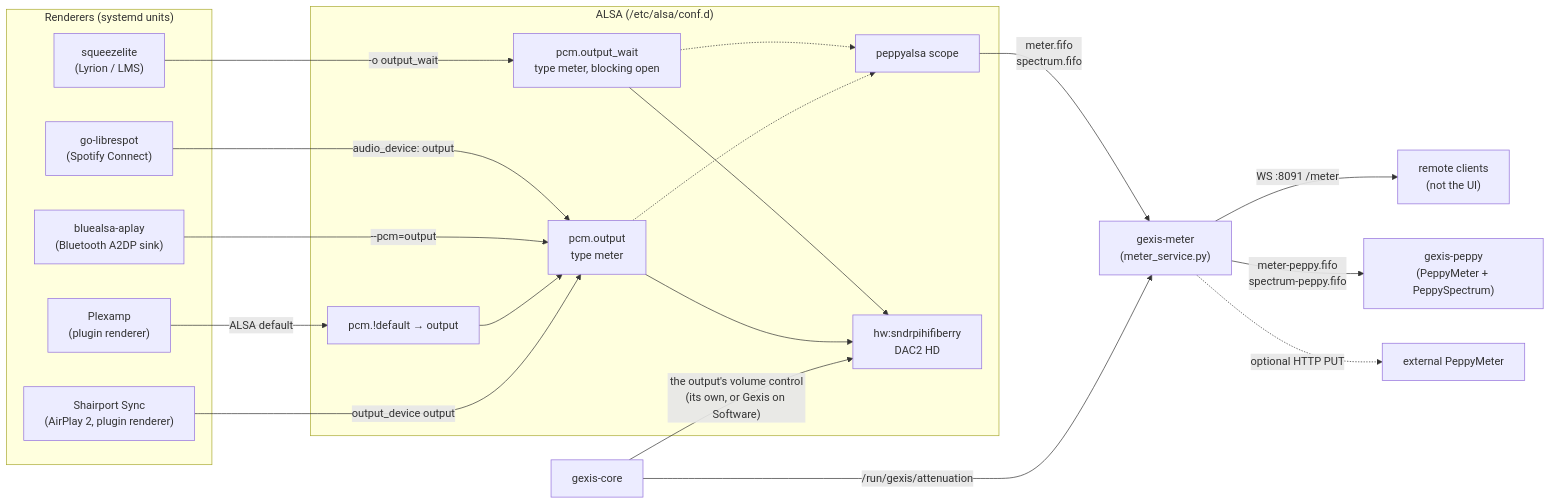
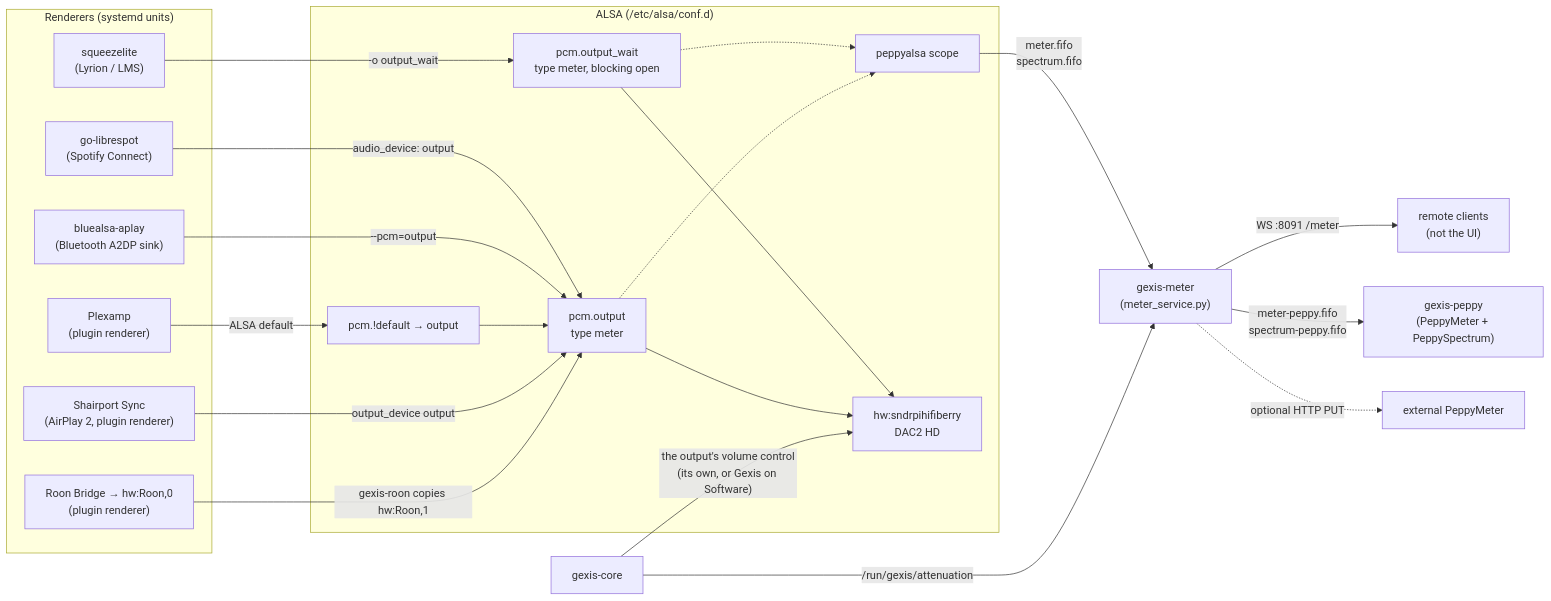
Before and after one commit to gcarstoiu/gexis-player: the first of 5 diagrams in docs/tech/audio-path.md, drawn with Mermaid. The commit also changed other lines of this file and 8 other files, not shown here.

````diff
--- a/docs/tech/audio-path.md
+++ b/docs/tech/audio-path.md
@@ -13,36 +13,38 @@
 ```mermaid
 flowchart LR
     subgraph Renderers["Renderers (systemd units)"]
         SQ["squeezelite<br/>(Lyrion / LMS)"]
         GL["go-librespot<br/>(Spotify Connect)"]
         BA["bluealsa-aplay<br/>(Bluetooth A2DP sink)"]
         PX["Plexamp<br/>(plugin renderer)"]
         AP["Shairport Sync<br/>(AirPlay 2, plugin renderer)"]
+        RN["Roon Bridge → hw:Roon,0<br/>(plugin renderer)"]
     end
 
     subgraph ALSA["ALSA (/etc/alsa/conf.d)"]
         OW["pcm.output_wait<br/>type meter, blocking open"]
         OUT["pcm.output<br/>type meter"]
         DEF["pcm.!default → output"]
         SCOPE["peppyalsa scope"]
         HW["hw:sndrpihifiberry<br/>DAC2 HD"]
     end
 
     SQ -- "-o output_wait" --> OW
     GL -- "audio_device: output" --> OUT
     BA -- "--pcm=output" --> OUT
     PX -- "ALSA default" --> DEF --> OUT
     AP -- "output_device output" --> OUT
+    RN -- "gexis-roon copies hw:Roon,1" --> OUT
     OW --> HW
     OUT --> HW
     OW -.-> SCOPE
     OUT -.-> SCOPE
 
     SCOPE -- "meter.fifo<br/>spectrum.fifo" --> MS["gexis-meter<br/>(meter_service.py)"]
     MS -- "WS :8091 /meter" --> RC["remote clients<br/>(not the UI)"]
     MS -- "meter-peppy.fifo<br/>spectrum-peppy.fifo" --> PP["gexis-peppy<br/>(PeppyMeter + PeppySpectrum)"]
     MS -. "optional HTTP PUT" .-> EXT["external PeppyMeter"]
 
     CORE["gexis-core"] -- "the output's volume control<br/>(its own, or Gexis on Software)" --> HW
     CORE -- "/run/gexis/attenuation" --> MS
 ```
````
